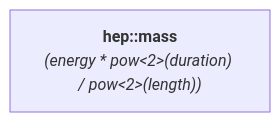
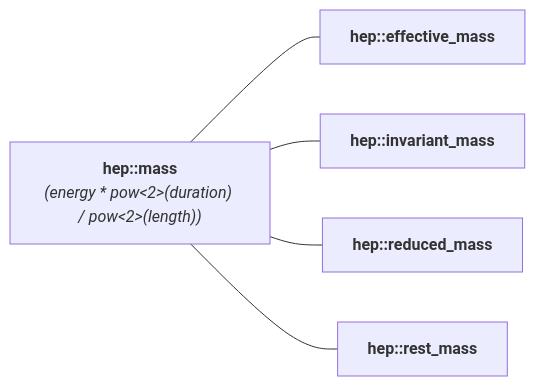
One commit to RalphSteinhagen/units changed the diagram in docs/reference/systems_reference/hierarchies/mass_hep.md. Above: the diagram before and after it, drawn with Mermaid. The commit also changed 23 other files, not shown here.

````diff
--- a/docs/reference/systems_reference/hierarchies/mass_hep.md
+++ b/docs/reference/systems_reference/hierarchies/mass_hep.md
@@ -8,4 +8,12 @@
 ```mermaid
 flowchart LR
     hep_mass["<b><a href="../../systems/hep/#mass" style="color: var(--md-mermaid-label-fg-color); text-decoration: none;">hep::mass</a></b><br><i>(<a href="../../systems/hep/#energy" style="color: var(--md-mermaid-label-fg-color); text-decoration: none;">energy</a> * pow<2>(<a href="../../systems/hep/#duration" style="color: var(--md-mermaid-label-fg-color); text-decoration: none;">duration</a>) / pow<2>(<a href="../../systems/hep/#length" style="color: var(--md-mermaid-label-fg-color); text-decoration: none;">length</a>))</i>"]
+    hep_effective_mass["<b><a href="../../systems/hep/#effective_mass" style="color: var(--md-mermaid-label-fg-color); text-decoration: none;">hep::effective_mass</a></b>"]
+    hep_mass --- hep_effective_mass
+    hep_invariant_mass["<b><a href="../../systems/hep/#invariant_mass" style="color: var(--md-mermaid-label-fg-color); text-decoration: none;">hep::invariant_mass</a></b>"]
+    hep_mass --- hep_invariant_mass
+    hep_reduced_mass["<b><a href="../../systems/hep/#reduced_mass" style="color: var(--md-mermaid-label-fg-color); text-decoration: none;">hep::reduced_mass</a></b>"]
+    hep_mass --- hep_reduced_mass
+    hep_rest_mass["<b><a href="../../systems/hep/#rest_mass" style="color: var(--md-mermaid-label-fg-color); text-decoration: none;">hep::rest_mass</a></b>"]
+    hep_mass --- hep_rest_mass
 ```
````
